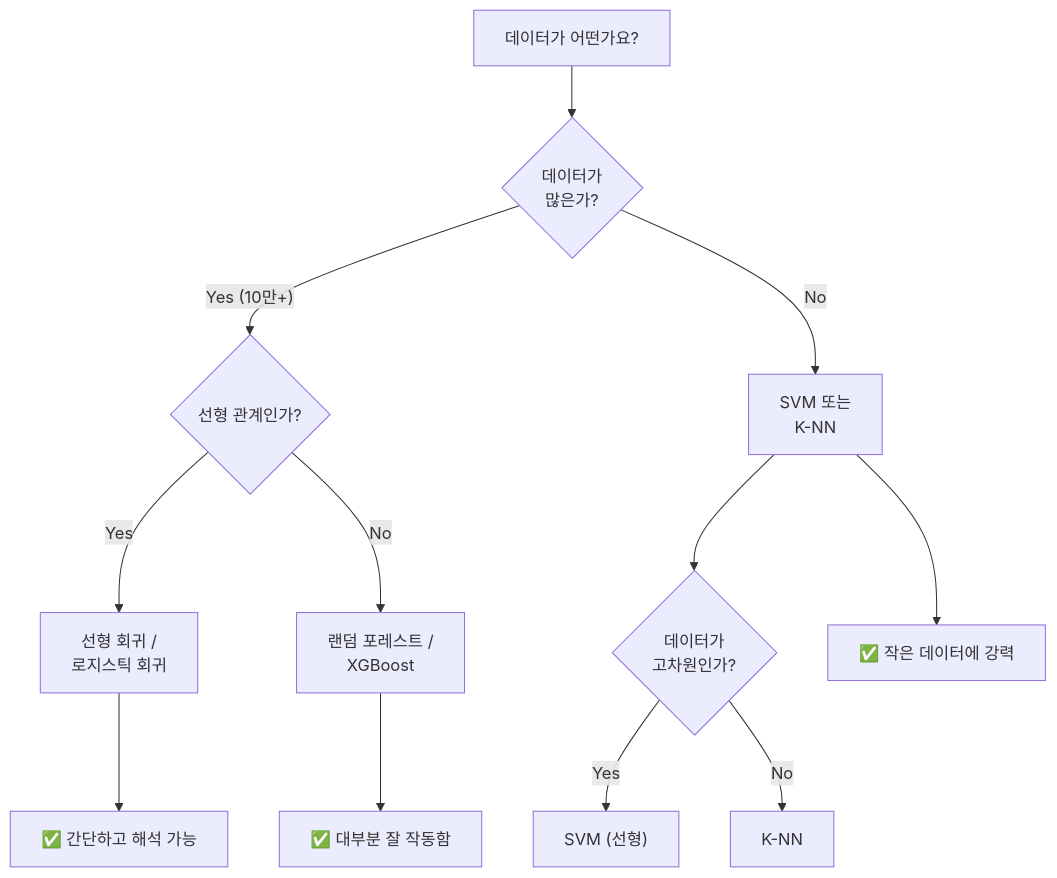
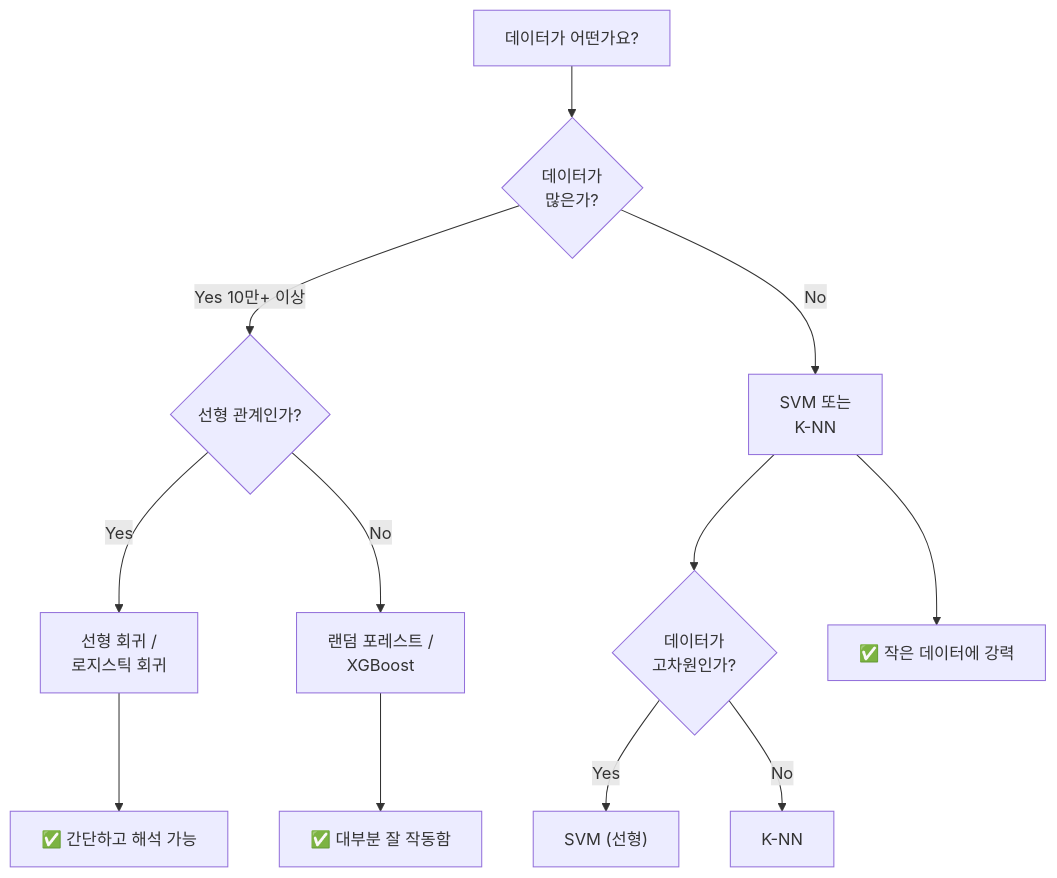
Before and after one commit to jingu279/Document: the eighth of 8 diagrams in ai-programming/02_머신러닝/02_지도_학습.md, drawn with Mermaid. The commit also changed 2 other files, not shown here.

Commit message:
Fix 3 more Mermaid issues

````diff
--- a/ai-programming/02_머신러닝/02_지도_학습.md
+++ b/ai-programming/02_머신러닝/02_지도_학습.md
@@ -527,17 +527,17 @@
 ```mermaid
 flowchart TB
   Start2["데이터가 어떤가요?"] --> SizeCheck{"데이터가<br/>많은가?"}
-  SizeCheck -->|"Yes (10만+)"| LinearCheck{"선형 관계인가?"}
+  SizeCheck -->|Yes 10만+ 이상| LinearCheck{"선형 관계인가?"}
   SizeCheck -->|"No"| SVMPrefer["SVM 또는<br/>K-NN"]
 
   LinearCheck -->|"Yes"| LinearModel["선형 회귀 /<br/>로지스틱 회귀"]
   LinearCheck -->|"No"| RFPrefer["랜덤 포레스트 /<br/>XGBoost"]
 
   SVMPrefer --> SVMCheck{"데이터가<br/>고차원인가?"}
   SVMCheck -->|"Yes"| SVMFinal["SVM (선형)"]
   SVMCheck -->|"No"| KNNFinal["K-NN"]
 
   LinearModel --> ResultR["✅ 간단하고 해석 가능"]
   RFPrefer --> ResultRF["✅ 대부분 잘 작동함"]
   SVMPrefer --> ResultSVM["✅ 작은 데이터에 강력"]
 ```
````
